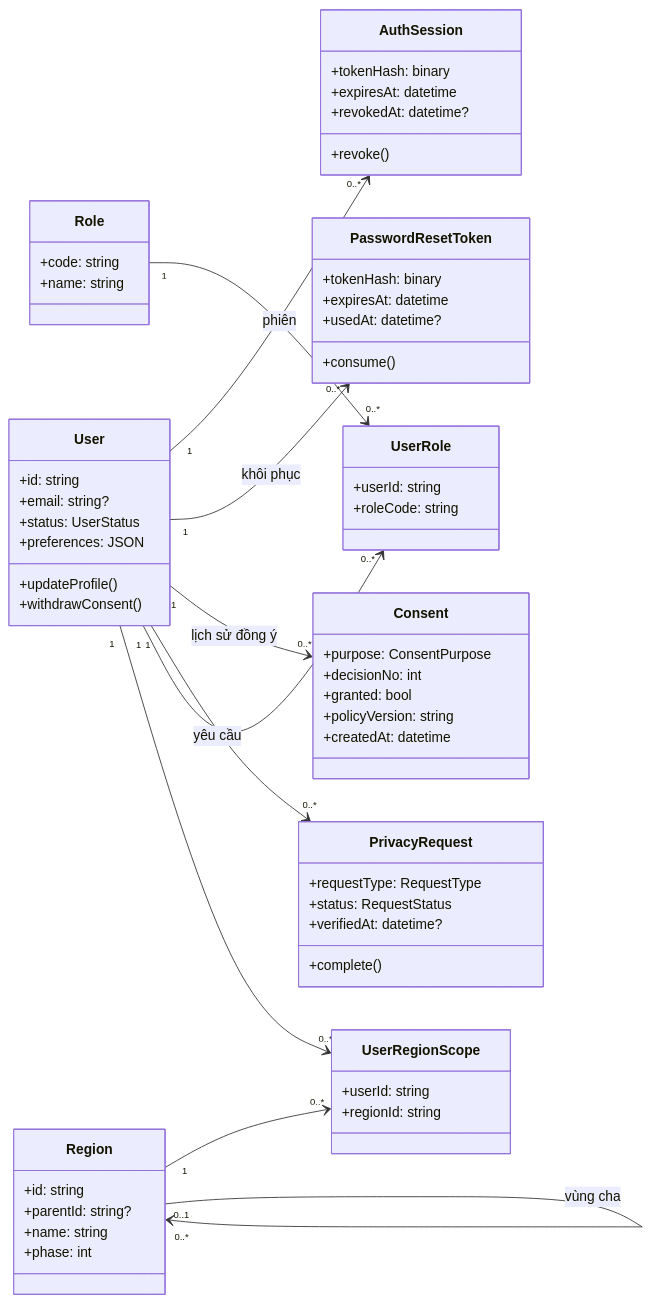
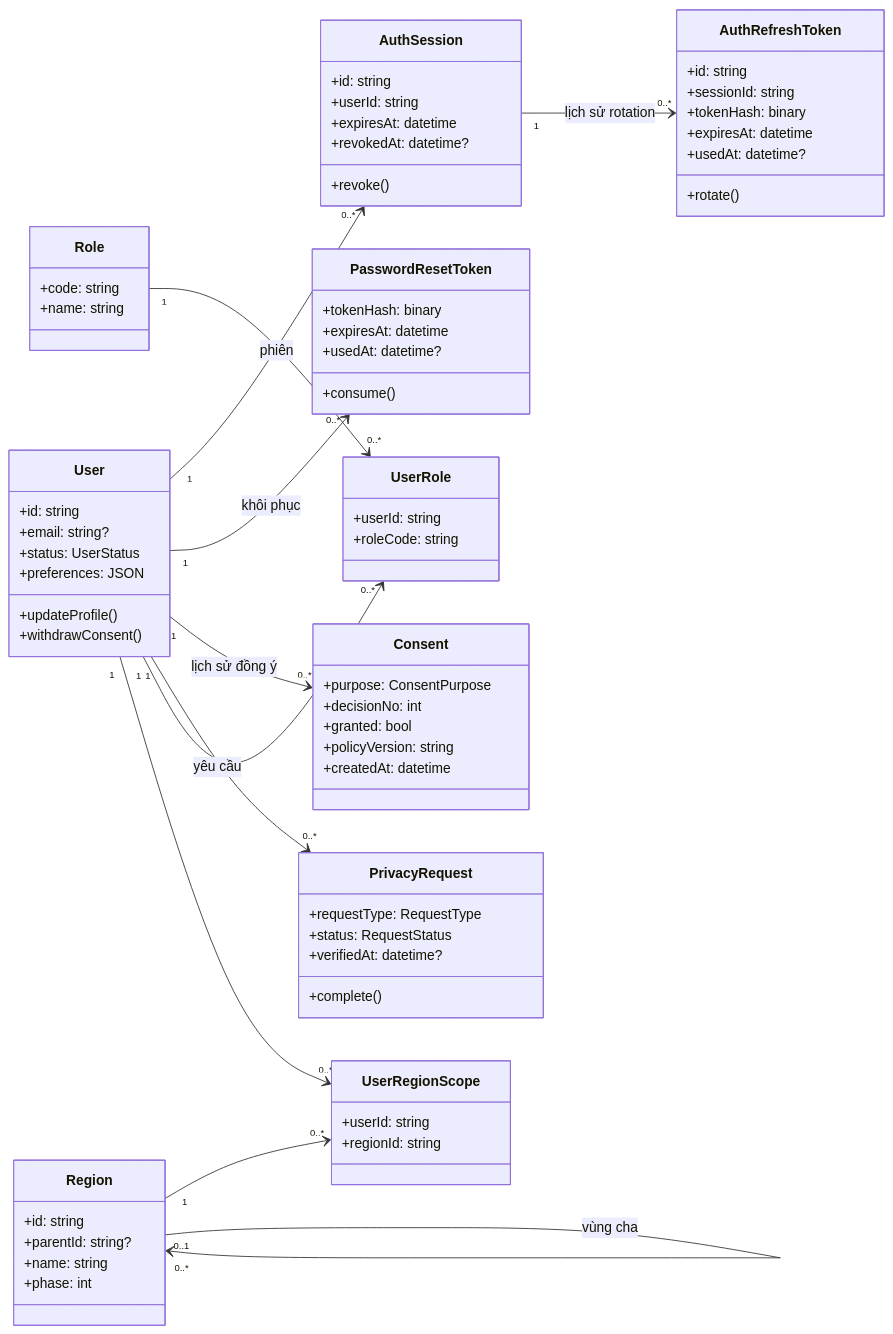
Before and after one commit to YangKlee/GiaLai-Travel: the second of 7 diagrams in docs/srs/07-class-diagram.md, drawn with Mermaid. The commit also changed other lines of this file and 80 other files, not shown here.

````diff
--- a/docs/srs/07-class-diagram.md
+++ b/docs/srs/07-class-diagram.md
@@ -57,64 +57,74 @@
 ```mermaid
 classDiagram
 direction LR
 class User {
     +id: string
     +email: string?
     +status: UserStatus
     +preferences: JSON
     +updateProfile()
     +withdrawConsent()
 }
 class Role {
     +code: string
     +name: string
 }
 class UserRole {
     +userId: string
     +roleCode: string
 }
 class Region {
     +id: string
     +parentId: string?
     +name: string
     +phase: int
 }
 class UserRegionScope {
     +userId: string
     +regionId: string
 }
 class AuthSession {
-    +tokenHash: binary
+    +id: string
+    +userId: string
     +expiresAt: datetime
     +revokedAt: datetime?
     +revoke()
+}
+class AuthRefreshToken {
+    +id: string
+    +sessionId: string
+    +tokenHash: binary
+    +expiresAt: datetime
+    +usedAt: datetime?
+    +rotate()
 }
 class PasswordResetToken {
     +tokenHash: binary
     +expiresAt: datetime
     +usedAt: datetime?
     +consume()
 }
 class Consent {
     +purpose: ConsentPurpose
     +decisionNo: int
     +granted: bool
     +policyVersion: string
     +createdAt: datetime
 }
 class PrivacyRequest {
     +requestType: RequestType
     +status: RequestStatus
     +verifiedAt: datetime?
     +complete()
 }
 User "1" --> "0..*" AuthSession : phiên
+AuthSession "1" --> "0..*" AuthRefreshToken : lịch sử rotation
 User "1" --> "0..*" PasswordResetToken : khôi phục
 User "1" --> "0..*" Consent : lịch sử đồng ý
 User "1" --> "0..*" PrivacyRequest : yêu cầu
 User "1" --> "0..*" UserRole
 Role "1" --> "0..*" UserRole
 User "1" --> "0..*" UserRegionScope
 Region "1" --> "0..*" UserRegionScope
 Region "0..1" --> "0..*" Region : vùng cha
 ```
````
